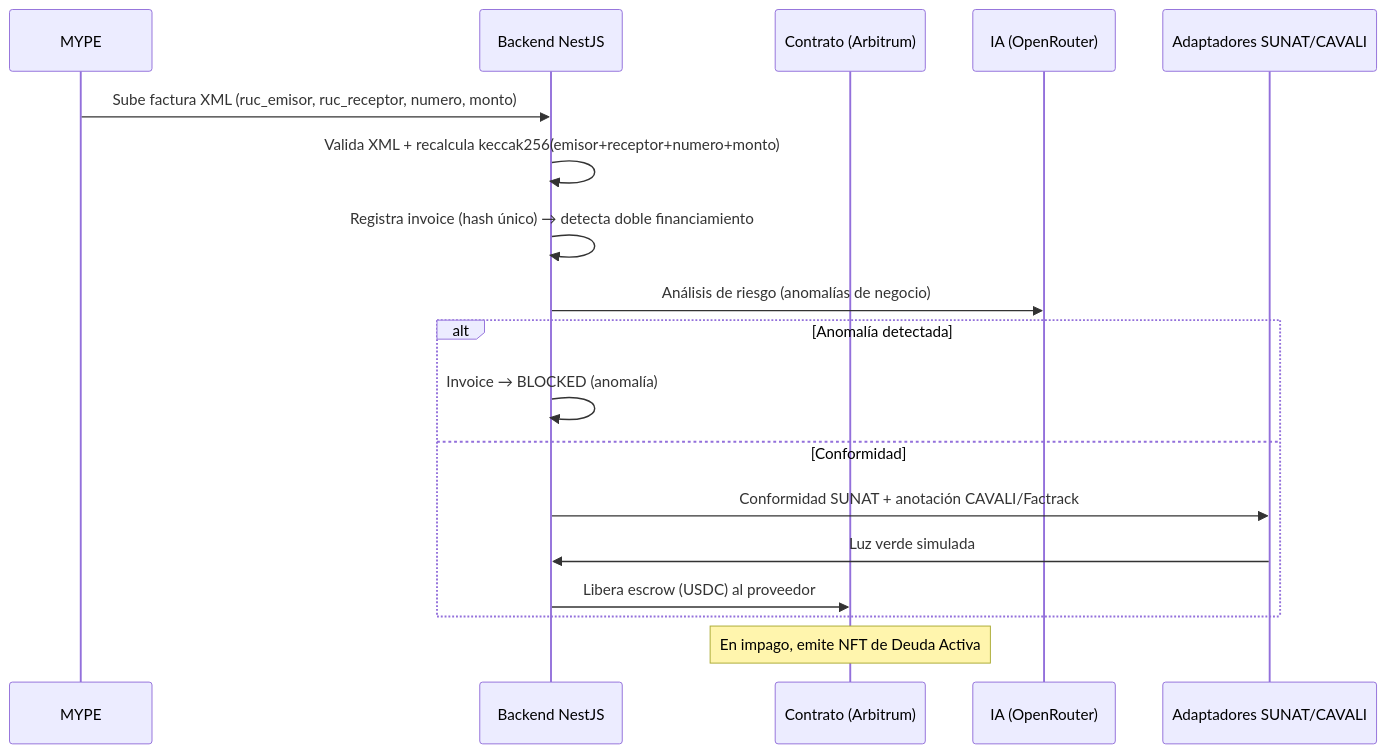
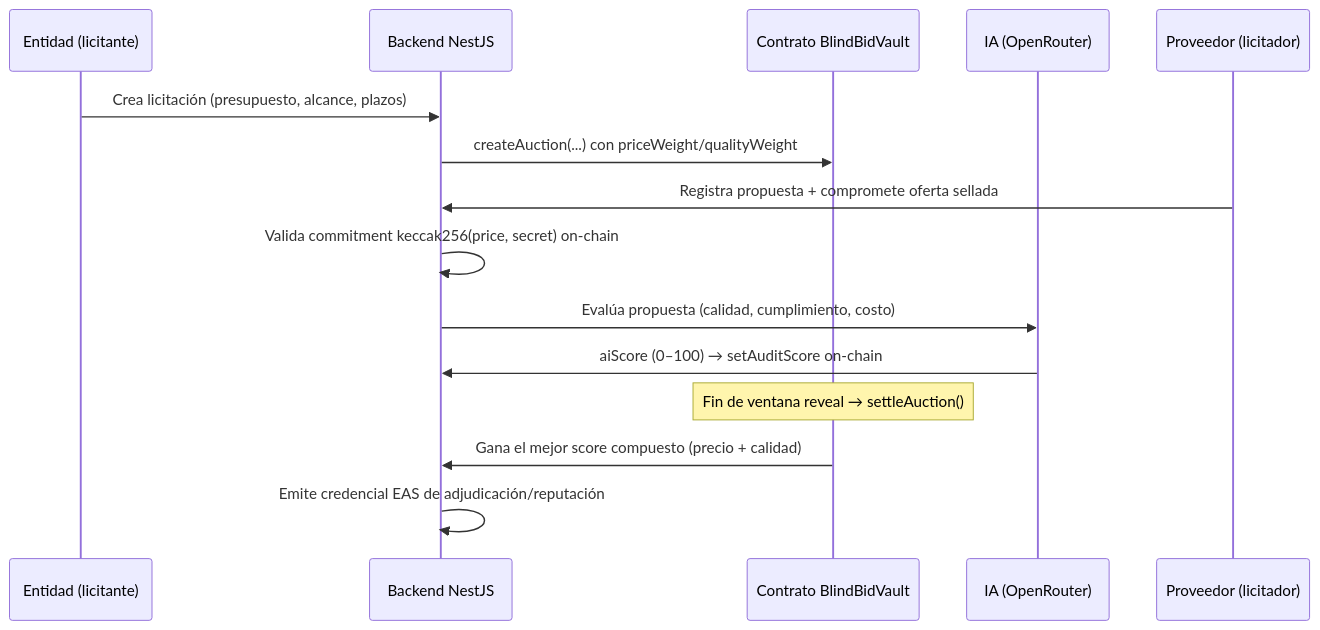
The diagram in docs/ARCHITECTURE.md (idmr023/eth-hackathon-2026-ethdevelopers), drawn with Mermaid before and after one commit. The commit also changed other lines of this file and 3 other files, not shown here.

````diff
--- a/docs/ARCHITECTURE.md
+++ b/docs/ARCHITECTURE.md
@@ -21,20 +22,17 @@
 ```mermaid
 sequenceDiagram
-  participant M as MYPE
+  participant E as Entidad (licitante)
   participant B as Backend NestJS
-  participant C as Contrato (Arbitrum)
+  participant C as Contrato BlindBidVault
   participant IA as IA (OpenRouter)
-  participant A as Adaptadores SUNAT/CAVALI
-  M->>B: Sube factura XML (ruc_emisor, ruc_receptor, numero, monto)
-  B->>B: Valida XML + recalcula keccak256(emisor+receptor+numero+monto)
-  B->>B: Registra invoice (hash único) → detecta doble financiamiento
-  B->>IA: Análisis de riesgo (anomalías de negocio)
-  alt Anomalía detectada
-    B->>B: Invoice → BLOCKED (anomalía)
-  else Conformidad
-    B->>A: Conformidad SUNAT + anotación CAVALI/Factrack
-    A->>B: Luz verde simulada
-    B->>C: Libera escrow (USDC) al proveedor
-  end
-  Note over C: En impago, emite NFT de Deuda Activa
+  participant S as Proveedor (licitador)
+  E->>B: Crea licitación (presupuesto, alcance, plazos)
+  B->>C: createAuction(...) con priceWeight/qualityWeight
+  S->>B: Registra propuesta + compromete oferta sellada
+  B->>B: Valida commitment keccak256(price, secret) on-chain
+  B->>IA: Evalúa propuesta (calidad, cumplimiento, costo)
+  IA->>B: aiScore (0–100) → setAuditScore on-chain
+  Note over C: Fin de ventana reveal → settleAuction()
+  C->>B: Gana el mejor score compuesto (precio + calidad)
+  B->>B: Emite credencial EAS de adjudicación/reputación
 ```
````
